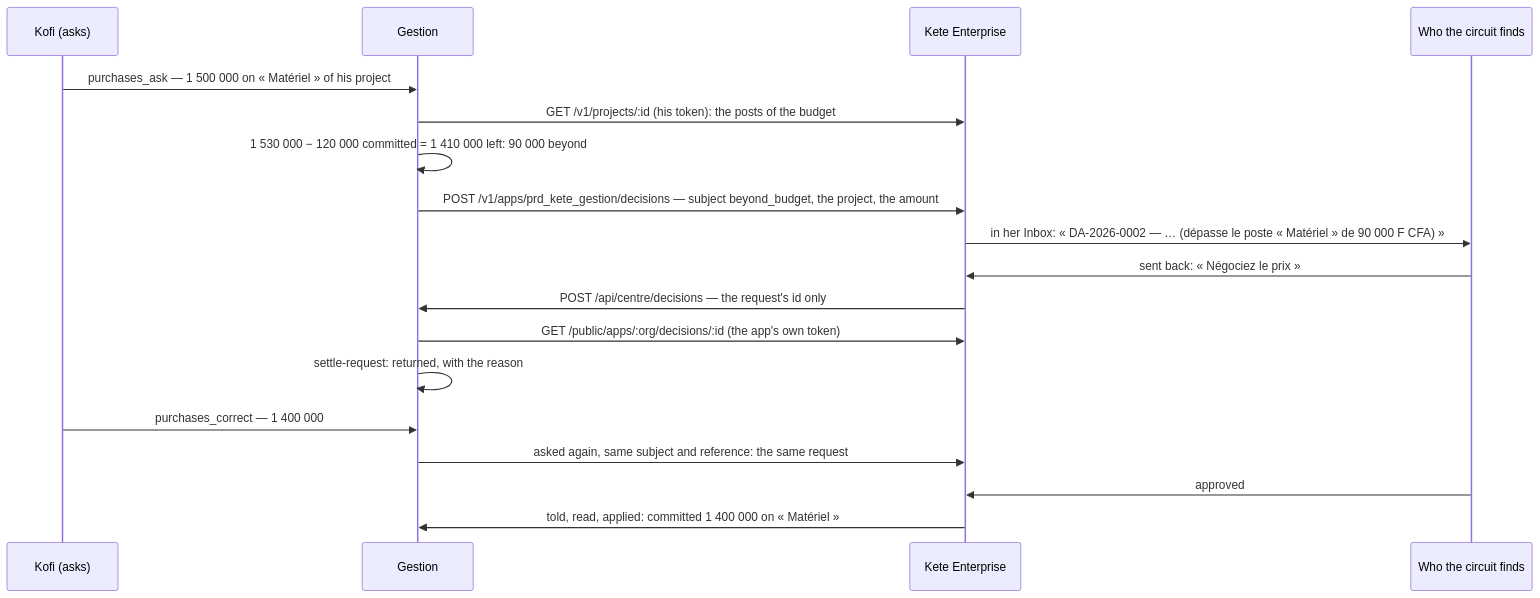
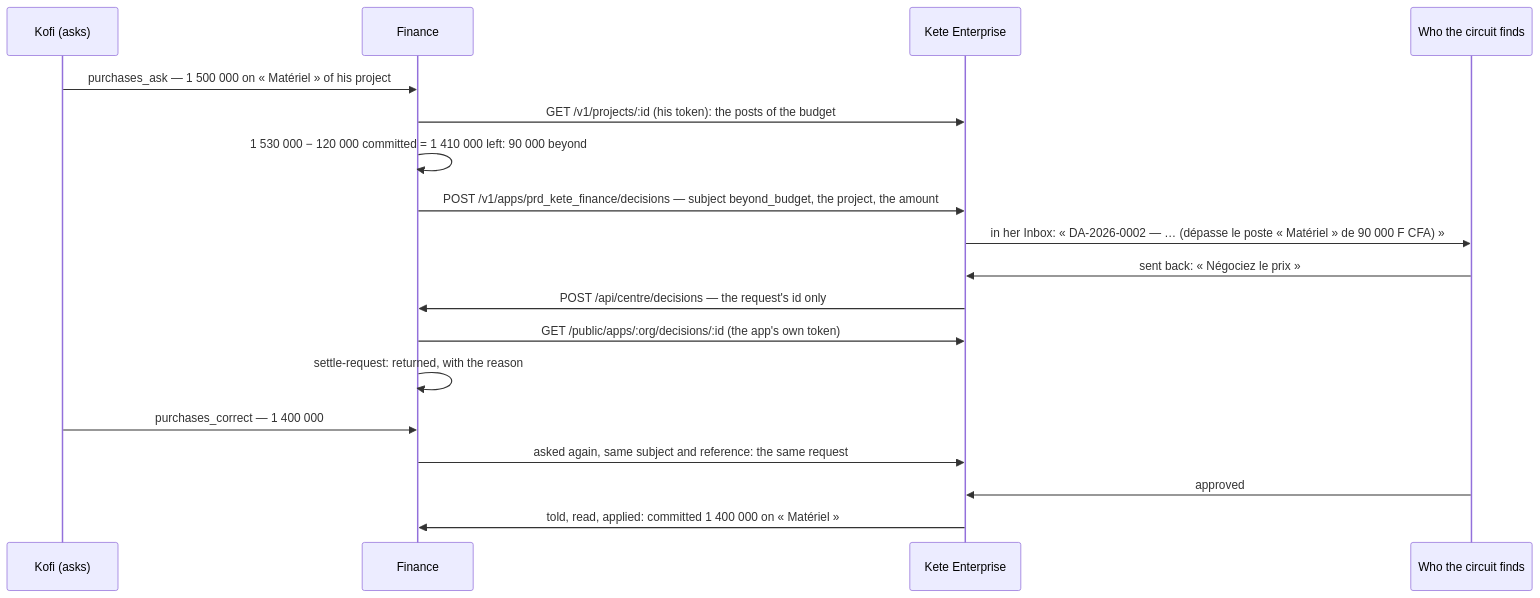
One commit to kete-africa/kete-finance changed the diagram in docs/flows/a-request-beyond-its-post.md. Above: the diagram before and after it, drawn with Mermaid. The commit also changed 18 other files, not shown here.

First line of the commit message:
chore: the product is named in English — Kete Finance

````diff
--- a/docs/flows/a-request-beyond-its-post.md
+++ b/docs/flows/a-request-beyond-its-post.md
@@ -3,20 +3,20 @@
 ```mermaid
 sequenceDiagram
   participant K as Kofi (asks)
-  participant G as Gestion
+  participant G as Finance
   participant E as Kete Enterprise
   participant D as Who the circuit finds
   K->>G: purchases_ask — 1 500 000 on « Matériel » of his project
   G->>E: GET /v1/projects/:id (his token): the posts of the budget
   G->>G: 1 530 000 − 120 000 committed = 1 410 000 left: 90 000 beyond
-  G->>E: POST /v1/apps/prd_kete_gestion/decisions — subject beyond_budget, the project, the amount
+  G->>E: POST /v1/apps/prd_kete_finance/decisions — subject beyond_budget, the project, the amount
   E->>D: in her Inbox: « DA-2026-0002 — … (dépasse le poste « Matériel » de 90 000 F CFA) »
   D->>E: sent back: « Négociez le prix »
   E->>G: POST /api/centre/decisions — the request's id only
   G->>E: GET /public/apps/:org/decisions/:id (the app's own token)
   G->>G: settle-request: returned, with the reason
   K->>G: purchases_correct — 1 400 000
   G->>E: asked again, same subject and reference: the same request
   D->>E: approved
   E->>G: told, read, applied: committed 1 400 000 on « Matériel »
 ```
````
